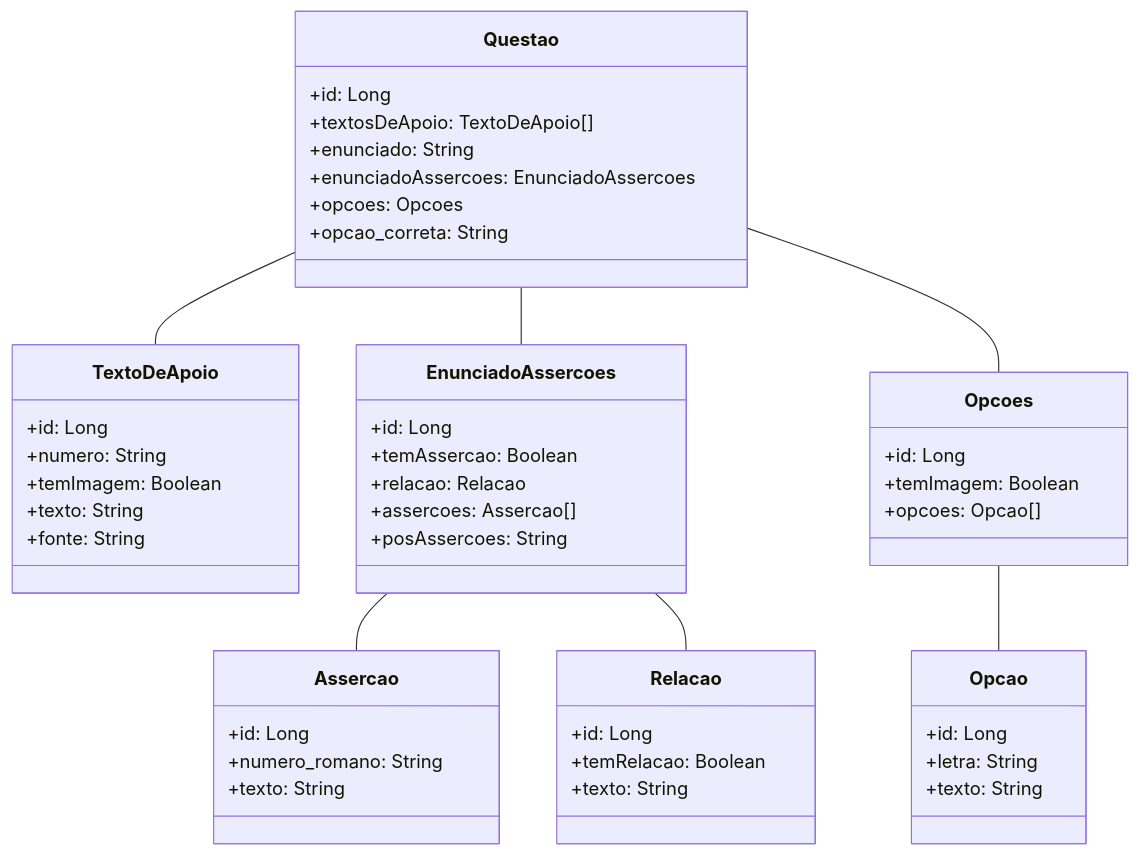
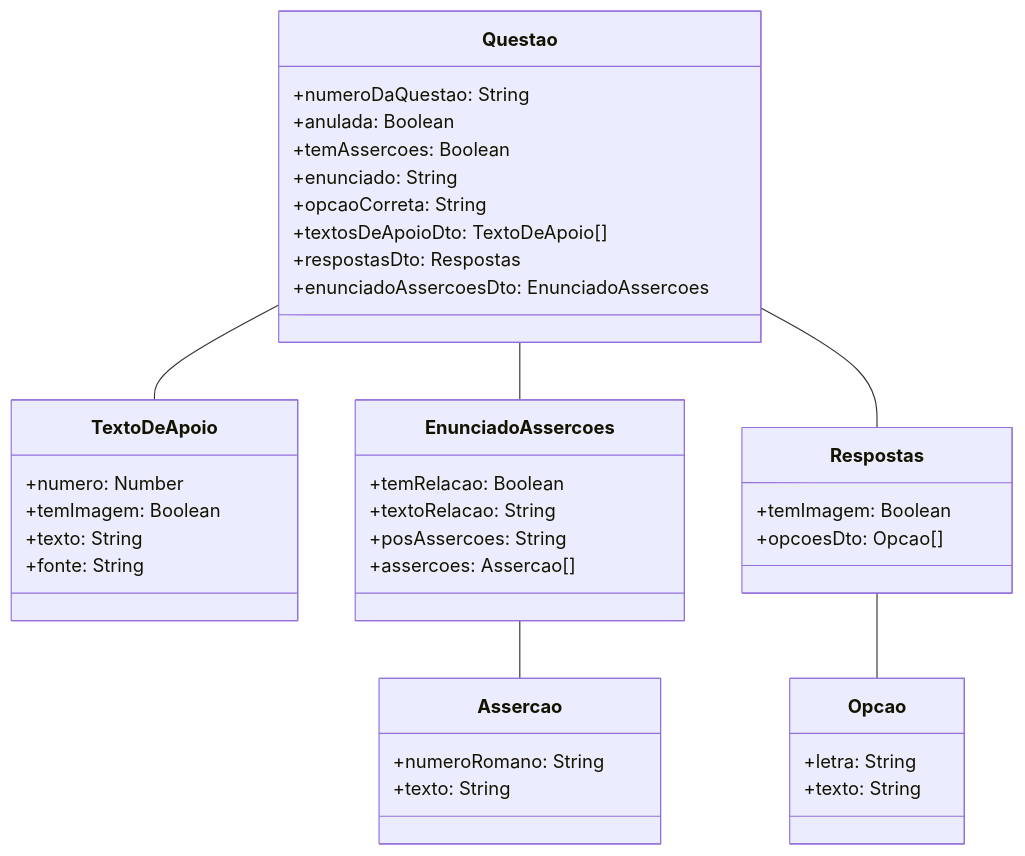
The diagram in README.md (LeviPereira9/primeiraapi), drawn with Mermaid before and after one commit.

````diff
--- a/README.md
+++ b/README.md
@@ -4,58 +4,49 @@
 ```mermaid
 classDiagram
     class Questao {
-        +id: Long
-        +textosDeApoio: TextoDeApoio[]
+        +numeroDaQuestao: String
+        +anulada: Boolean
+        +temAssercoes: Boolean
         +enunciado: String
-        +enunciadoAssercoes: EnunciadoAssercoes
-        +opcoes: Opcoes
-        +opcao_correta: String
+        +opcaoCorreta: String
+        +textosDeApoioDto: TextoDeApoio[]
+        +respostasDto: Respostas
+        +enunciadoAssercoesDto: EnunciadoAssercoes
     }
 
     class TextoDeApoio {
-        +id: Long
-        +numero: String
+        +numero: Number
         +temImagem: Boolean
         +texto: String
         +fonte: String
     }
 
-    class EnunciadoAssercoes {
-        +id: Long
-        +temAssercao: Boolean
-        +relacao: Relacao
-        +assercoes: Assercao[]
-        +posAssercoes: String
+    class Respostas {
+        +temImagem: Boolean
+        +opcoesDto: Opcao[]
     }
 
-    class Relacao {
-        +id: Long
-        +temRelacao: Boolean
+    class Opcao {
+        +letra: String
         +texto: String
     }
 
-    class Assercao {
-        +id: Long
-        +numero_romano: String
-        +texto: String
+    class EnunciadoAssercoes {
+        +temRelacao: Boolean
+        +textoRelacao: String
+        +posAssercoes: String
+        +assercoes: Assercao[]
     }
 
-    class Opcoes {
-        +id: Long
-        +temImagem: Boolean
-        +opcoes: Opcao[]
-    }
-
-    class Opcao {
-        +id: Long
-        +letra: String
+    class Assercao {
+        +numeroRomano: String
         +texto: String
     }
 
     Questao -- TextoDeApoio
     Questao -- EnunciadoAssercoes
-    Questao -- Opcoes
-    Opcoes -- Opcao
+    Questao -- Respostas
+    Respostas -- Opcao
     EnunciadoAssercoes -- Assercao
-    EnunciadoAssercoes -- Relacao
+
 ```
````
